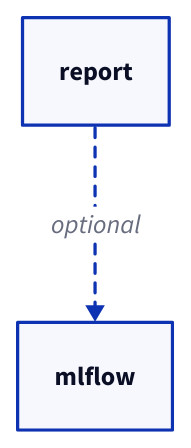
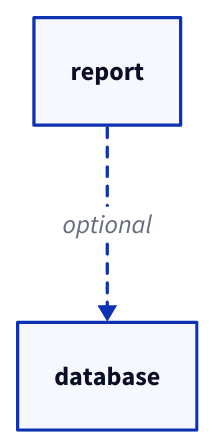
Before and after one commit to astefanutti/diagram-skills: diagram 13 of 19 in skills/skill-diagram/prompts/d2-conventions.md, drawn with D2. The commit also changed other lines of this file and 3 other files, not shown here.

````diff
--- a/skills/skill-diagram/prompts/d2-conventions.md
+++ b/skills/skill-diagram/prompts/d2-conventions.md
@@ -248,5 +248,5 @@
 ```d2
-report -> mlflow: optional {
+report -> database: optional {
   style.stroke-dash: 3
 }
 ```
````
